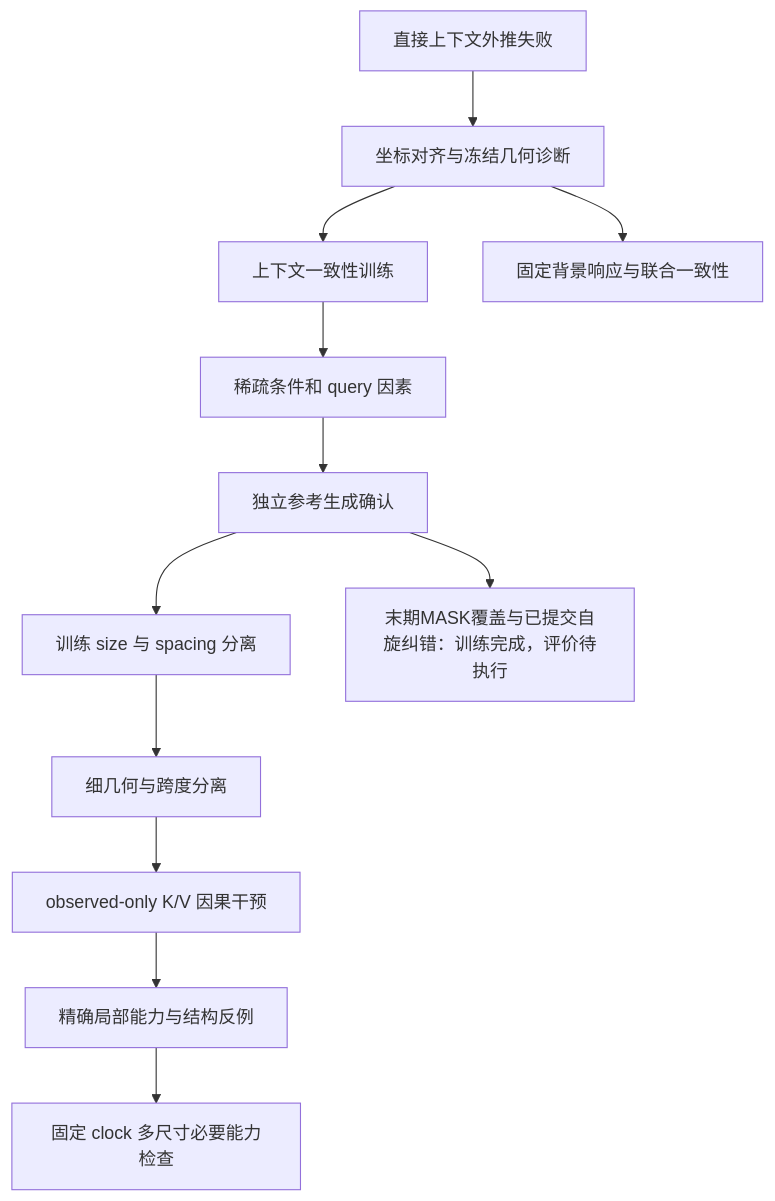
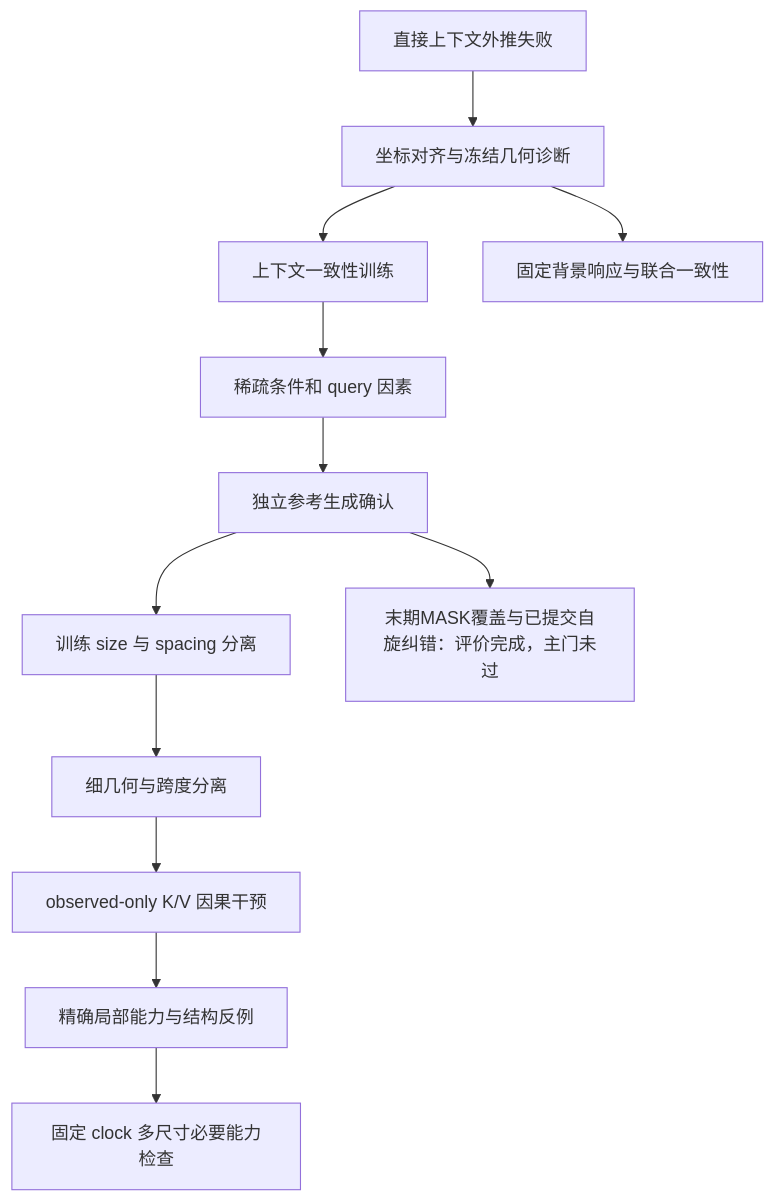
Before and after one commit to zxfly666/ISM: the first of 2 diagrams in experiments/README.md, drawn with Mermaid. The commit also changed other lines of this file and 1052 other files, not shown here.

````diff
--- a/experiments/README.md
+++ b/experiments/README.md
@@ -44,14 +44,14 @@
 ```mermaid
 flowchart TD
   P[直接上下文外推失败] --> A[坐标对齐与冻结几何诊断]
   A --> F[上下文一致性训练]
   A --> X[固定背景响应与联合一致性]
   F --> T[稀疏条件和 query 因素]
   T --> B[独立参考生成确认]
   B --> G[训练 size 与 spacing 分离]
   G --> I[细几何与跨度分离]
   I --> J[observed-only K/V 因果干预]
   J --> E[精确局部能力与结构反例]
   E --> N[固定 clock 多尺寸必要能力检查]
-  B --> M[末期MASK覆盖与已提交自旋纠错：训练完成，评价待执行]
+  B --> M[末期MASK覆盖与已提交自旋纠错：评价完成，主门未过]
 ```
````
